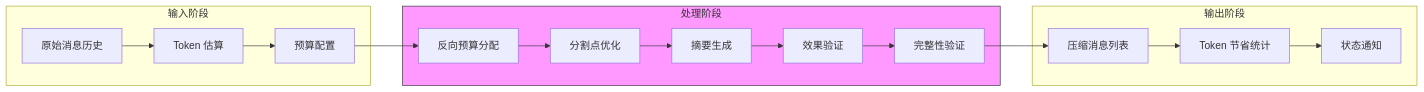
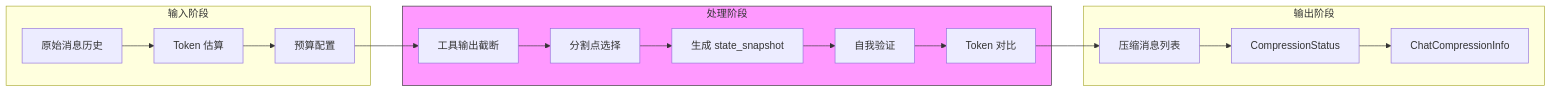
The ninth of 11 diagrams in docs/gemini-cli/questions/gemini-cli-context-compaction.md (giraffe-tree/agent-base), drawn with Mermaid before and after one commit. The commit also changed other lines of this file and 39 other files, not shown here.

````diff
--- a/docs/gemini-cli/questions/gemini-cli-context-compaction.md
+++ b/docs/gemini-cli/questions/gemini-cli-context-compaction.md
@@ -431,24 +478,24 @@
 ```mermaid
 flowchart LR
     subgraph Input["输入阶段"]
         I1[原始消息历史] --> I2[Token 估算]
         I2 --> I3[预算配置]
     end
 
     subgraph Process["处理阶段"]
-        P1[反向预算分配] --> P2[分割点优化]
-        P2 --> P3[摘要生成]
-        P3 --> P4[效果验证]
-        P4 --> P5[完整性验证]
+        P1[工具输出截断] --> P2[分割点选择]
+        P2 --> P3[生成 state_snapshot]
+        P3 --> P4[自我验证]
+        P4 --> P5[Token 对比]
     end
 
     subgraph Output["输出阶段"]
-        O1[压缩消息列表] --> O2[Token 节省统计]
-        O2 --> O3[状态通知]
+        O1[压缩消息列表] --> O2[CompressionStatus]
+        O2 --> O3[ChatCompressionInfo]
     end
 
     I3 --> P1
     P5 --> O1
 
     style Process fill:#f9f,stroke:#333
 ```
````
